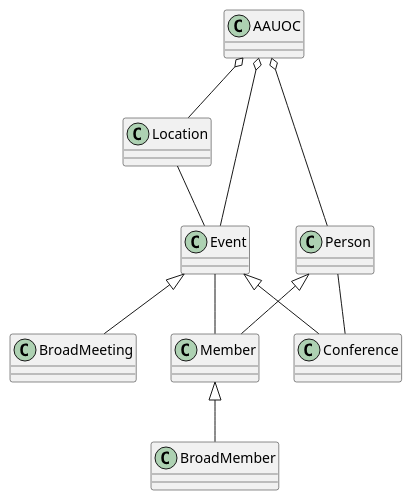
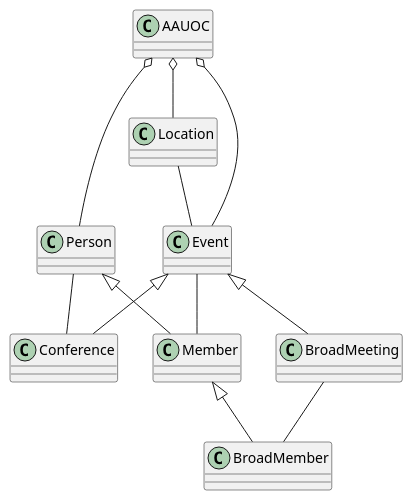
One commit to CorazaNegra/UMLClasesFSP changed the diagram in Practica_Diagramas_UML.puml. Above: the diagram before and after it, drawn with PlantUML.

Commit message:
Añadiendo relacion entre Broads

```diff
--- a/Practica_Diagramas_UML.puml
+++ b/Practica_Diagramas_UML.puml
@@ -1,46 +1,47 @@
 @startuml
 
 class AAUOC{
 
 }
 
 class Location{
 
 }
 
 class Event{
 
 }
 
 class Conference{
 
 }
 
 class BroadMeeting{
 
 }
 
 class Person{
 
 }
 
 class Member{
 
 }
 
 class BroadMember{
 
 }
 
 AAUOC o-- Event
 AAUOC o-- Location
 AAUOC o-- Person
 Location -- Event
 Event -- Member
 Person -- Conference
+BroadMeeting -- BroadMember
 Event <|-- Conference
 Event <|-- BroadMeeting
 Person <|-- Member
 Member <|-- BroadMember
 
 @enduml
```
